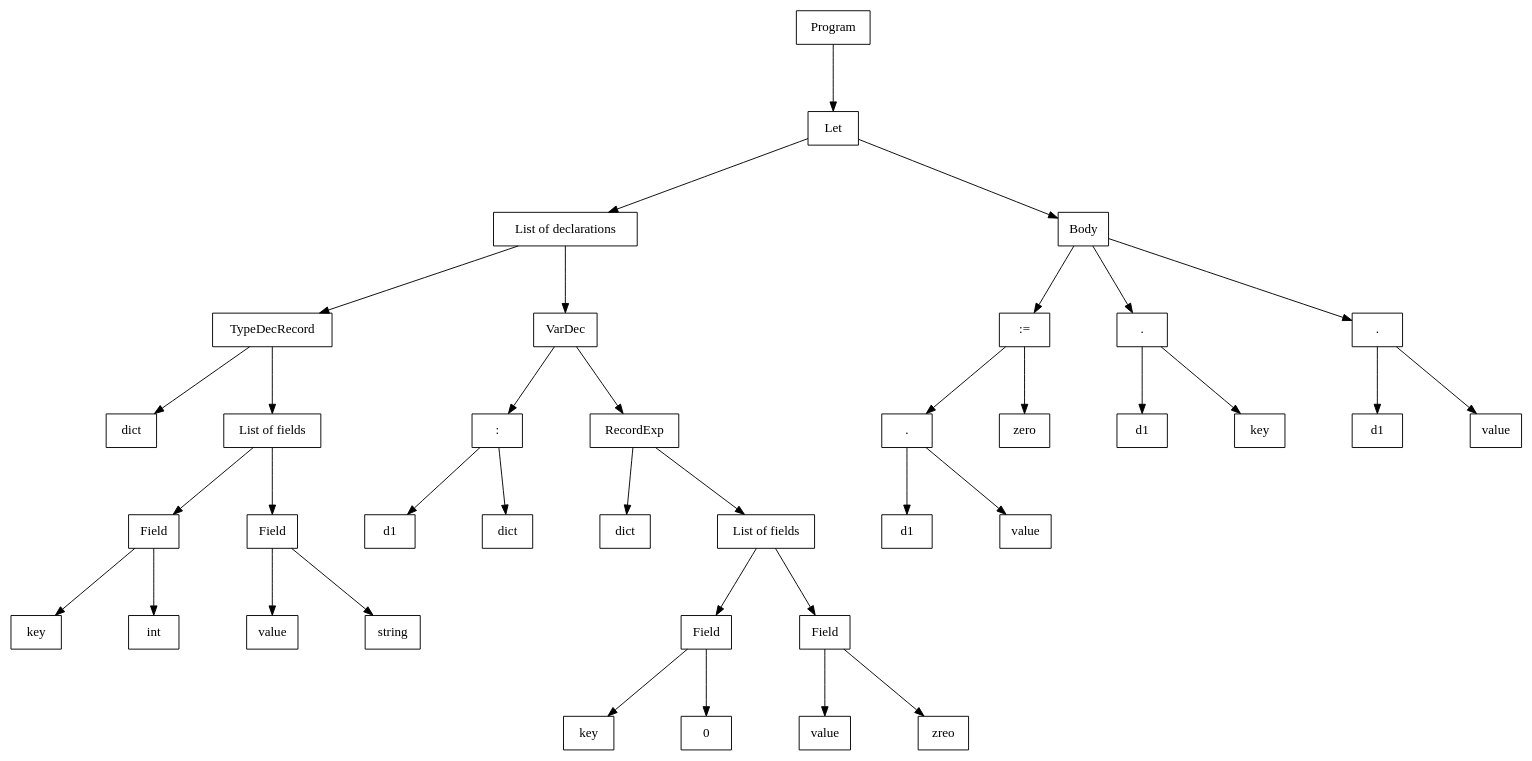
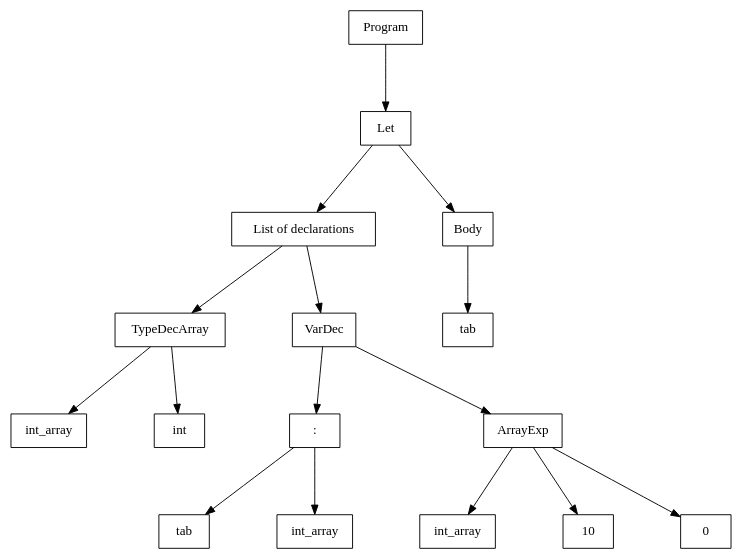
The diagram in out/tree.dot (BigBaz54/Tiger_compiler), drawn with Graphviz before and after one commit. The commit also changed 5 other files, not shown here.

Commit message:
[+] AJout d'un type Array à la TDS

```diff
--- a/out/tree.dot
+++ b/out/tree.dot
@@ -1,80 +1,38 @@
 digraph "ast"{
 
 	nodesep=1;
 	ranksep=1;
 
 	N1 [label="Let", shape="box"];
 	N2 [label="List of declarations", shape="box"];
-	N3 [label="TypeDecRecord", shape="box"];
-	N4 [label="dict", shape="box"];
-	N5 [label="List of fields", shape="box"];
-	N6 [label="key", shape="box"];
-	N7 [label="int", shape="box"];
-	N8 [label="Field", shape="box"];
-	N9 [label="value", shape="box"];
-	N10 [label="string", shape="box"];
-	N11 [label="Field", shape="box"];
-	N12 [label="VarDec", shape="box"];
-	N13 [label=":", shape="box"];
-	N14 [label="d1", shape="box"];
-	N15 [label="dict", shape="box"];
-	N16 [label="RecordExp", shape="box"];
-	N17 [label="dict", shape="box"];
-	N18 [label="List of fields", shape="box"];
-	N19 [label="key", shape="box"];
-	N20 [label="0", shape="box"];
-	N21 [label="Field", shape="box"];
-	N22 [label="value", shape="box"];
-	N23 [label="zreo", shape="box"];
-	N24 [label="Field", shape="box"];
-	N25 [label="Body", shape="box"];
-	N26 [label=":=", shape="box"];
-	N27 [label=".", shape="box"];
-	N28 [label="d1", shape="box"];
-	N29 [label="value", shape="box"];
-	N30 [label="zero", shape="box"];
-	N31 [label=".", shape="box"];
-	N32 [label="d1", shape="box"];
-	N33 [label="key", shape="box"];
-	N34 [label=".", shape="box"];
-	N35 [label="d1", shape="box"];
-	N36 [label="value", shape="box"];
+	N3 [label="TypeDecArray", shape="box"];
+	N4 [label="int_array", shape="box"];
+	N5 [label="int", shape="box"];
+	N6 [label="VarDec", shape="box"];
+	N7 [label=":", shape="box"];
+	N8 [label="tab", shape="box"];
+	N9 [label="int_array", shape="box"];
+	N10 [label="ArrayExp", shape="box"];
+	N11 [label="int_array", shape="box"];
+	N12 [label="10", shape="box"];
+	N13 [label="0", shape="box"];
+	N14 [label="Body", shape="box"];
+	N15 [label="tab", shape="box"];
 	N0 [label="Program", shape="box"];
 
 	N1 -> N2; 
-	N8 -> N6; 
-	N8 -> N7; 
-	N5 -> N8; 
-	N11 -> N9; 
-	N11 -> N10; 
-	N5 -> N11; 
 	N3 -> N4; 
 	N3 -> N5; 
 	N2 -> N3; 
-	N13 -> N14; 
-	N13 -> N15; 
-	N16 -> N17; 
-	N21 -> N19; 
-	N21 -> N20; 
-	N18 -> N21; 
-	N24 -> N22; 
-	N24 -> N23; 
-	N18 -> N24; 
-	N16 -> N18; 
-	N12 -> N13; 
-	N12 -> N16; 
-	N2 -> N12; 
-	N1 -> N25; 
-	N27 -> N28; 
-	N27 -> N29; 
-	N26 -> N27; 
-	N26 -> N30; 
-	N25 -> N26; 
-	N31 -> N32; 
-	N31 -> N33; 
-	N25 -> N31; 
-	N34 -> N35; 
-	N34 -> N36; 
-	N25 -> N34; 
+	N7 -> N8; 
+	N7 -> N9; 
+	N10 -> N11; 
+	N10 -> N12; 
+	N10 -> N13; 
+	N6 -> N7; 
+	N6 -> N10; 
+	N2 -> N6; 
+	N1 -> N14; 
+	N14 -> N15; 
 	N0 -> N1; 
 }
```
